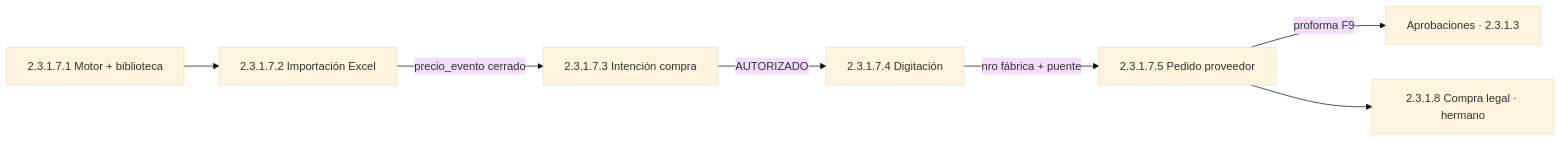
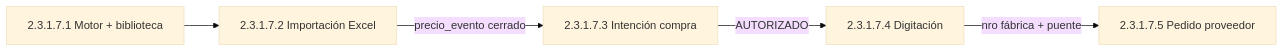
The first of 2 diagrams in .claude/2_modulos/2.3_report/proceso_importacion/CHUSAR_CICLO_IMPORTACION_REPORT.md (segoviaranonis-dev/tablet-bazzar), drawn with Mermaid (base theme) before and after one commit. The commit also changed other lines of this file and 681 other files, not shown here.

````diff
--- a/.claude/2_modulos/2.3_report/proceso_importacion/CHUSAR_CICLO_IMPORTACION_REPORT.md
+++ b/.claude/2_modulos/2.3_report/proceso_importacion/CHUSAR_CICLO_IMPORTACION_REPORT.md
@@ -44,14 +44,12 @@
 ```mermaid
 flowchart LR
   MP[2.3.1.7.1 Motor + biblioteca]
   IP[2.3.1.7.2 Importación Excel]
   IC[2.3.1.7.3 Intención compra]
   DG[2.3.1.7.4 Digitación]
   PP[2.3.1.7.5 Pedido proveedor]
   MP --> IP
   IP -->|precio_evento cerrado| IC
   IC -->|AUTORIZADO| DG
   DG -->|nro fábrica + puente| PP
-  PP -->|proforma F9| FI[Aprobaciones · 2.3.1.3]
-  PP --> CL[2.3.1.8 Compra legal · hermano]
 ```
````
